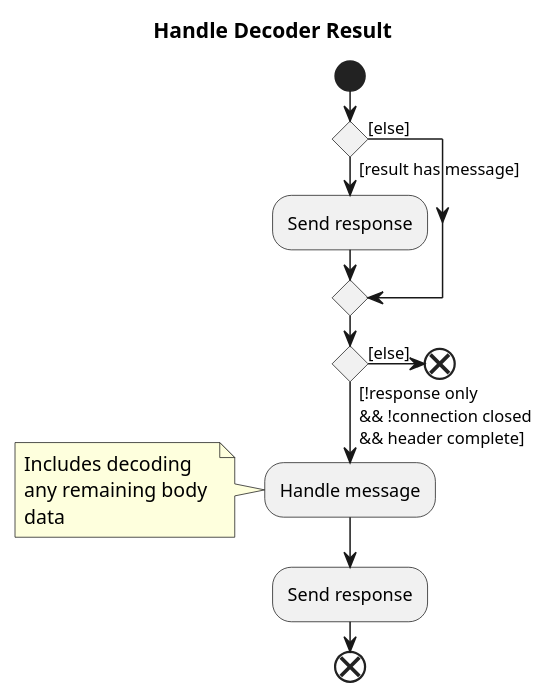
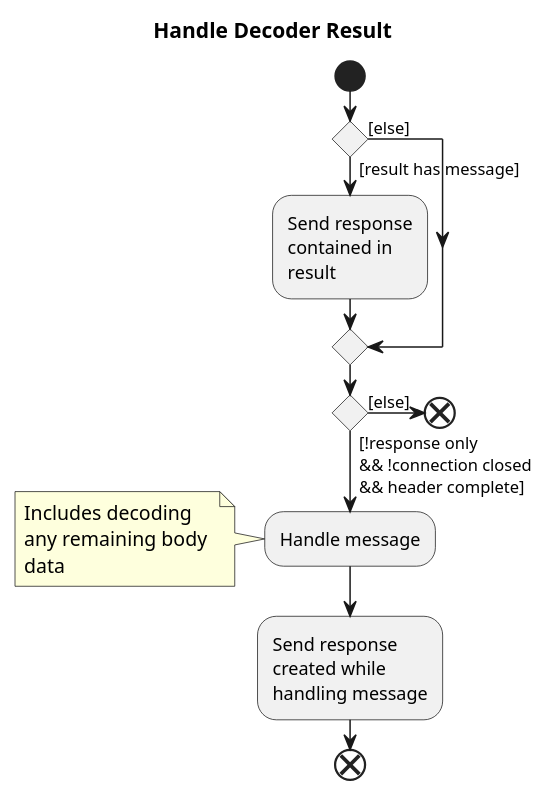
One commit to mnlipp/jdrupes-httpcodec changed the fifth of 9 diagrams in overview.md. Above: the diagram before and after it, drawn with PlantUML. The commit also changed other lines of this file, not shown here.

```diff
--- a/overview.md
+++ b/overview.md
@@ -283,25 +283,29 @@
 @startuml handle-decode-result.svg
 ' ========== Receive loop =========
 skinparam conditionStyle diamond
 title Handle Decoder Result
 start
 if () then ([result has message])
-  :Send response;
+  :Send response
+  contained in
+  result;
 else ([else])
 endif
 if () then ([!response only
 && !connection closed
 && header complete])
   :Handle message;
   note
   Includes decoding 
   any remaining body 
   data
   end note
-  :Send response;
+  :Send response 
+  created while 
+  handling message;
   end
 else ([else])
   end
 endif
 
 @enduml
```
